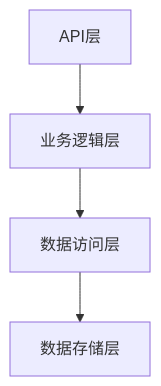
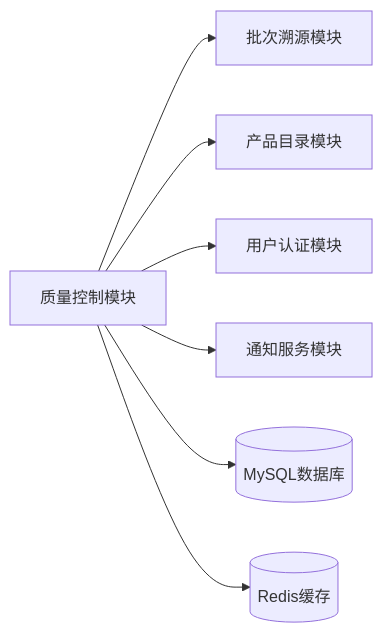
Before and after one commit to HaoranTong/ecommerce_platform: the second of 4 diagrams in docs/modules/quality-control/design.md, drawn with Mermaid. The commit also changed other lines of this file and 6 other files, not shown here.

````diff
--- a/docs/modules/quality-control/design.md
+++ b/docs/modules/quality-control/design.md
@@ -36,6 +81,10 @@
 ```mermaid
-graph TB
-    A[API层] --> B[业务逻辑层]
-    B --> C[数据访问层]
-    C --> D[数据存储层]
+graph LR
+    QC[质量控制模块] --> BT[批次溯源模块]
+    QC --> PC[产品目录模块]
+    QC --> US[用户认证模块]
+    QC --> NS[通知服务模块]
+    
+    QC --> DB[(MySQL数据库)]
+    QC --> RD[(Redis缓存)]
 ```
````
